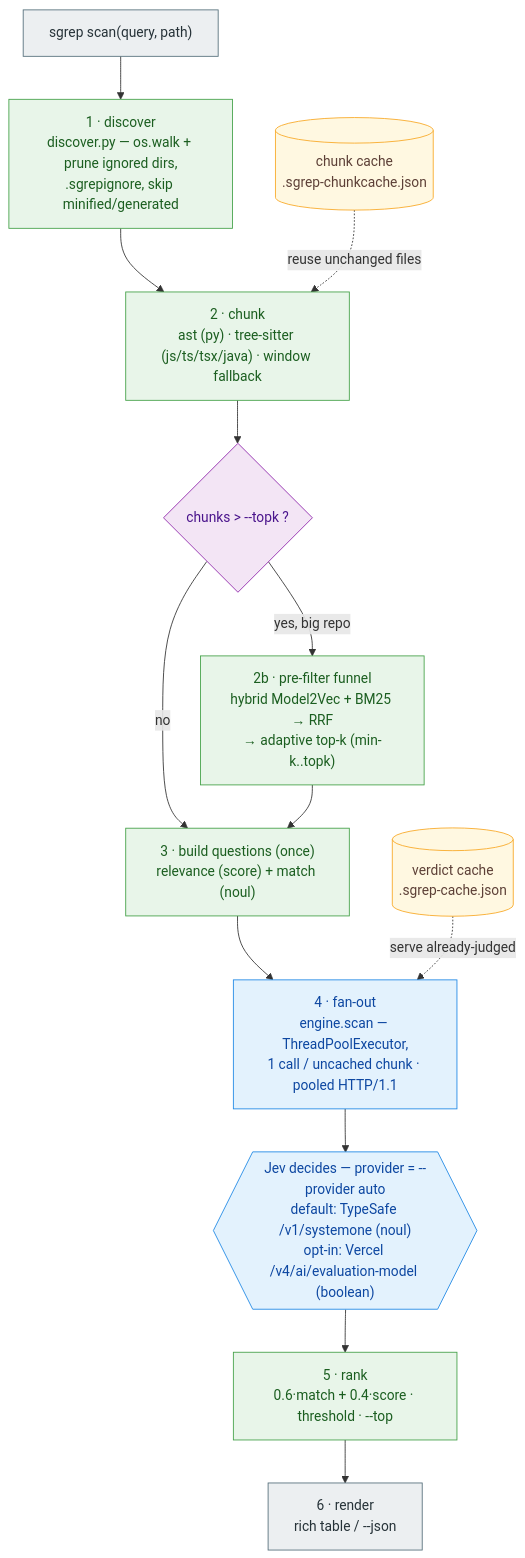
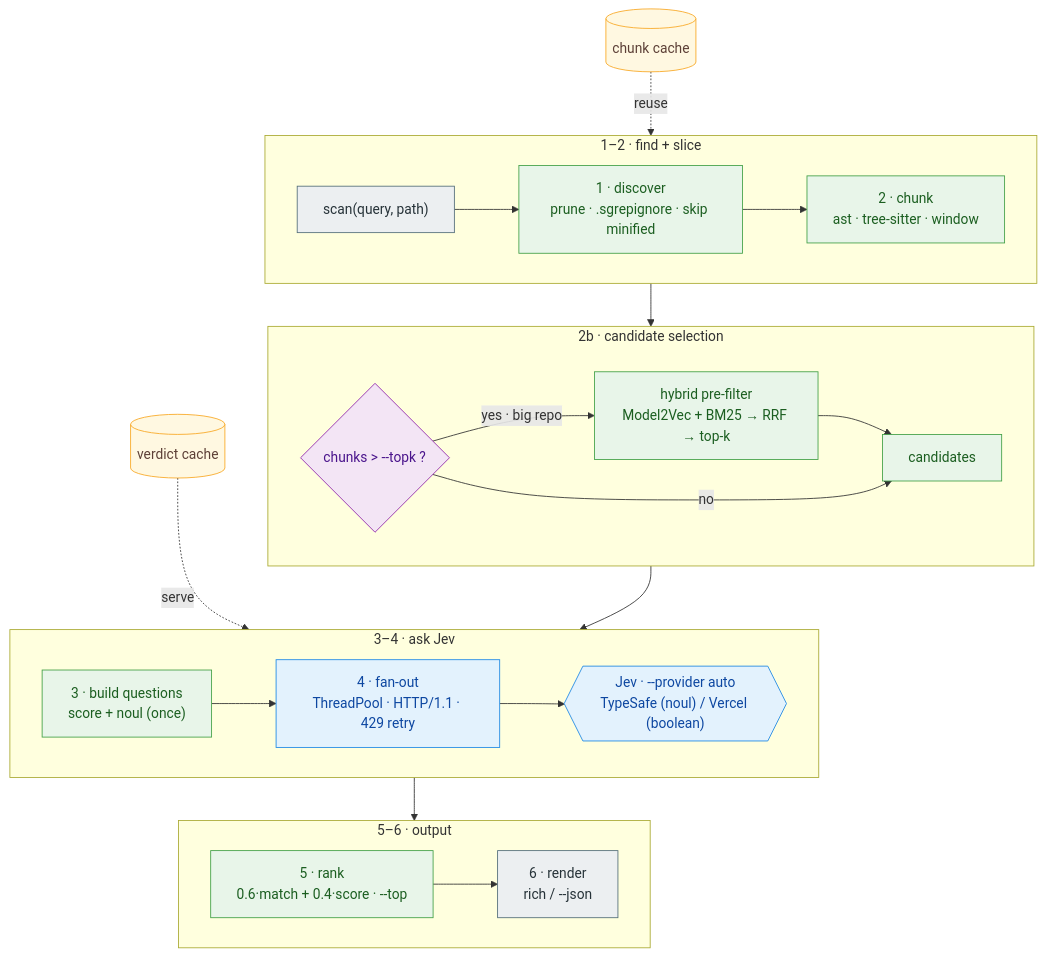
Before and after one commit to Lagnajit09/sgrep: the diagram in FLOW.md, drawn with Mermaid. The commit also changed 1 other file, not shown here.

Commit message:
sgrep 0.1.0

````diff
--- a/FLOW.md
+++ b/FLOW.md
@@ -5,21 +5,31 @@
 ```mermaid
-flowchart TD
-    A["sgrep scan(query, path)"]:::io --> S1["1 · discover<br/>discover.py — os.walk + prune ignored dirs,<br/>.sgrepignore, skip minified/generated"]:::local
-    S1 --> S2["2 · chunk<br/>ast (py) · tree-sitter (js/ts/tsx/java) · window fallback"]:::local
-    KC[("chunk cache<br/>.sgrep-chunkcache.json")]:::cache -. reuse unchanged files .-> S2
-    S2 --> D{"chunks &gt; --topk ?"}:::decide
-    D -->|no| Q3
-    D -->|yes, big repo| S2b["2b · pre-filter funnel<br/>hybrid Model2Vec + BM25 → RRF<br/>→ adaptive top-k (min-k..topk)"]:::local
-    S2b --> Q3["3 · build questions (once)<br/>relevance (score) + match (noul)"]:::local
-    Q3 --> S4["4 · fan-out<br/>engine.scan — ThreadPoolExecutor,<br/>1 call / uncached chunk · pooled HTTP/1.1"]:::remote
-    VC[("verdict cache<br/>.sgrep-cache.json")]:::cache -. serve already-judged .-> S4
-    S4 --> JEV{{"Jev decides — provider = --provider auto<br/>default: TypeSafe /v1/systemone (noul)<br/>opt-in: Vercel /v4/ai/evaluation-model (boolean)"}}:::remote
-    JEV --> S5["5 · rank<br/>0.6·match + 0.4·score · threshold · --top"]:::local
-    S5 --> S6["6 · render<br/>rich table / --json"]:::io
+flowchart TB
+    subgraph L1 [" 1–2 · find + slice "]
+      direction LR
+      A["scan(query, path)"]:::io --> S1["1 · discover<br/>prune · .sgrepignore · skip minified"]:::local --> S2["2 · chunk<br/>ast · tree-sitter · window"]:::local
+    end
+    subgraph L2 [" 2b · candidate selection "]
+      direction LR
+      D{"chunks &gt; --topk ?"}:::decide -->|"yes · big repo"| PF["hybrid pre-filter<br/>Model2Vec + BM25 → RRF → top-k"]:::local --> CAND["candidates"]:::local
+      D -->|no| CAND
+    end
+    subgraph L3 [" 3–4 · ask Jev "]
+      direction LR
+      Q3["3 · build questions<br/>score + noul (once)"]:::local --> S4["4 · fan-out<br/>ThreadPool · HTTP/1.1 · 429 retry"]:::remote --> JEV{{"Jev · --provider auto<br/>TypeSafe (noul) / Vercel (boolean)"}}:::remote
+    end
+    subgraph L4 [" 5–6 · output "]
+      direction LR
+      S5["5 · rank<br/>0.6·match + 0.4·score · --top"]:::local --> S6["6 · render<br/>rich / --json"]:::io
+    end
+    S2 --> D
+    CAND --> Q3
+    JEV --> S5
+    KC[("chunk cache")]:::cache -. reuse .-> S2
+    VC[("verdict cache")]:::cache -. serve .-> S4
 
     classDef local fill:#e8f5e9,stroke:#43a047,color:#1b5e20;
     classDef remote fill:#e3f2fd,stroke:#1e88e5,color:#0d47a1;
     classDef cache fill:#fff8e1,stroke:#f9a825,color:#5d4037;
     classDef decide fill:#f3e5f5,stroke:#8e24aa,color:#4a148c;
     classDef io fill:#eceff1,stroke:#546e7a,color:#263238;
 ```
````
